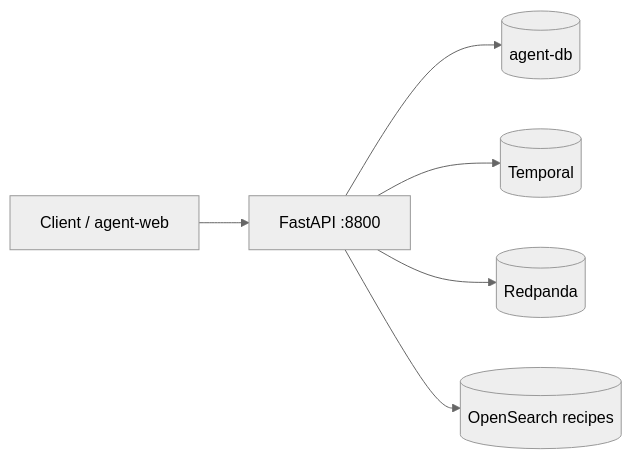
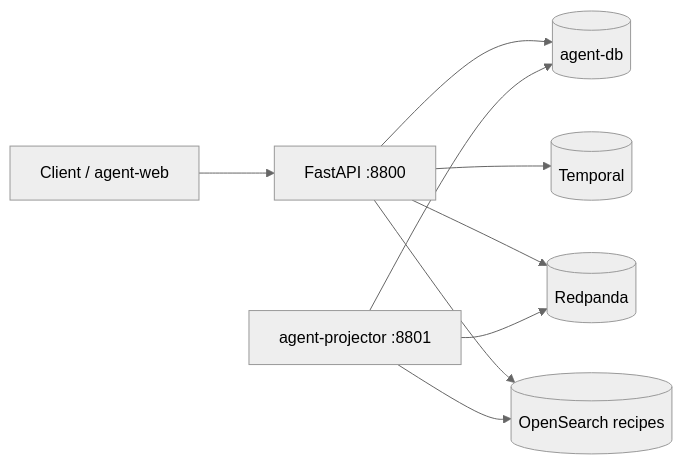
Before and after one commit to agent-tracer/tracer-agent-python: the first of 4 diagrams in README.md, drawn with Mermaid (neutral theme). The commit also changed other lines of this file and 1 other file, not shown here.

````diff
--- a/README.md
+++ b/README.md
@@ -21,8 +22,11 @@
 ```mermaid
 flowchart LR
     Client[Client / agent-web] --> API[FastAPI :8800]
     API --> AgentDB[(agent-db)]
     API --> Temporal[(Temporal)]
     API --> Kafka[(Redpanda)]
     API --> Search[(OpenSearch recipes)]
+    Projector[agent-projector :8801] --> AgentDB
+    Projector --> Kafka
+    Projector --> Search
 ```
````
